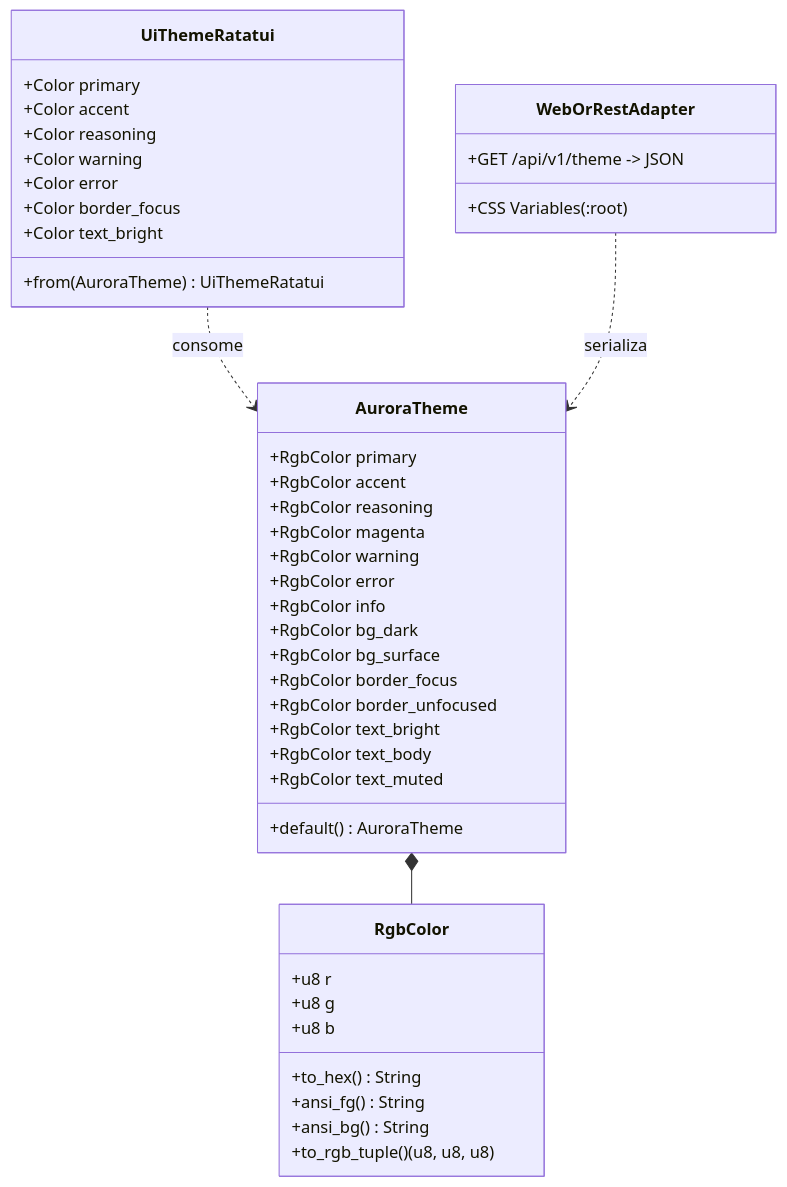
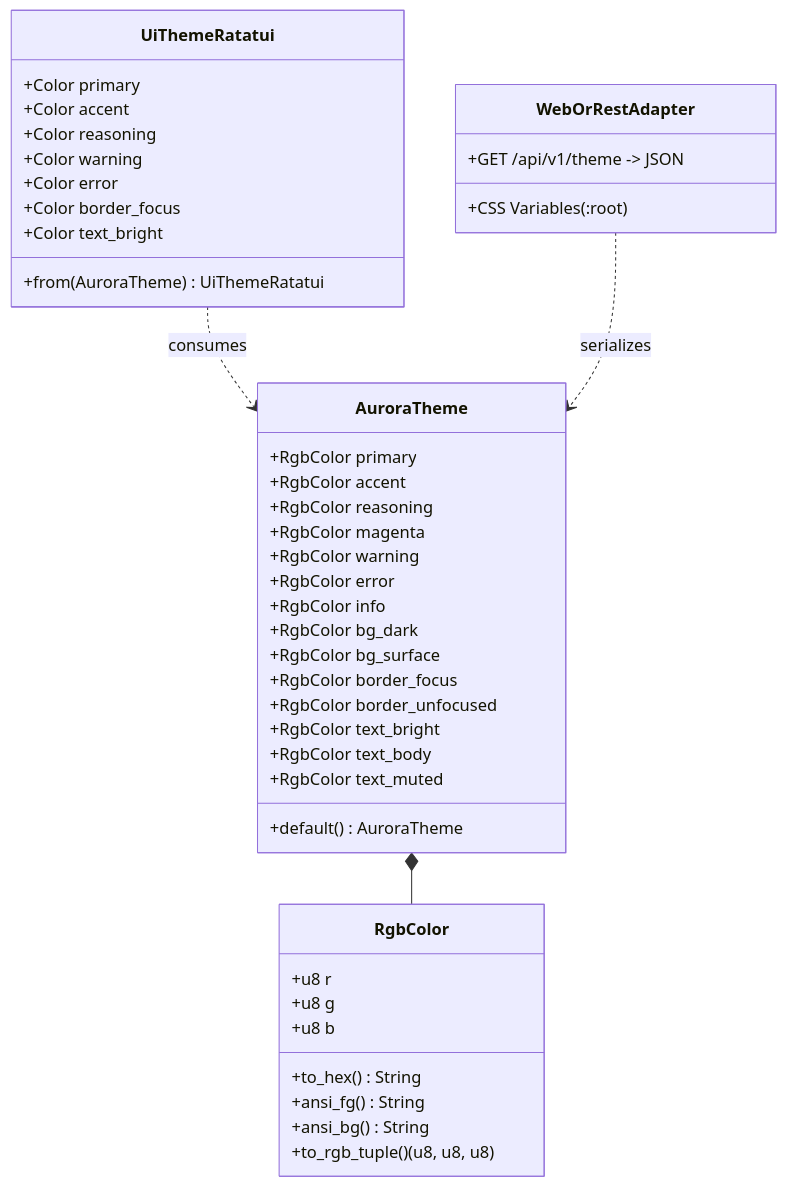
Before and after one commit to Levix-Digital/any-context: the second of 2 diagrams in docs/plans/anycontext_aurora_boreal_design_system_fast_startup_telemetry_opção_c.md, drawn with Mermaid. The commit also changed other lines of this file, not shown here.

First line of the commit message:
docs(plans): translate the Aurora Boreal design system plan to English

````diff
--- a/docs/plans/anycontext_aurora_boreal_design_system_fast_startup_telemetry_opção_c.md
+++ b/docs/plans/anycontext_aurora_boreal_design_system_fast_startup_telemetry_opção_c.md
@@ -107,50 +107,50 @@
 ```mermaid
 classDiagram
     class AuroraTheme {
         +RgbColor primary
         +RgbColor accent
         +RgbColor reasoning
         +RgbColor magenta
         +RgbColor warning
         +RgbColor error
         +RgbColor info
         +RgbColor bg_dark
         +RgbColor bg_surface
         +RgbColor border_focus
         +RgbColor border_unfocused
         +RgbColor text_bright
         +RgbColor text_body
         +RgbColor text_muted
         +default() AuroraTheme
     }
 
     class RgbColor {
         +u8 r
         +u8 g
         +u8 b
         +to_hex() String
         +ansi_fg() String
         +ansi_bg() String
         +to_rgb_tuple() (u8, u8, u8)
     }
 
     class UiThemeRatatui {
         +Color primary
         +Color accent
         +Color reasoning
         +Color warning
         +Color error
         +Color border_focus
         +Color text_bright
         +from(AuroraTheme) UiThemeRatatui
     }
 
     class WebOrRestAdapter {
         +GET /api/v1/theme -> JSON
         +CSS Variables (:root)
     }
 
     AuroraTheme *-- RgbColor
-    UiThemeRatatui ..> AuroraTheme : consome
-    WebOrRestAdapter ..> AuroraTheme : serializa
+    UiThemeRatatui ..> AuroraTheme : consumes
+    WebOrRestAdapter ..> AuroraTheme : serializes
 ```
````
